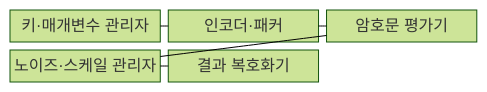
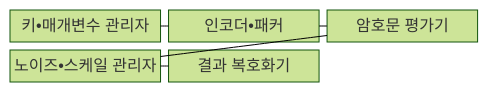
One commit to agnusdei1207/knowledge-base changed the first of 2 diagrams in src/content/docs/notes/08-latest-tech/114_homomorphic_encryption.md. Above: the diagram before and after it, drawn with Mermaid (forest theme). The commit also changed other lines of this file and 953 other files, not shown here.

````diff
--- a/src/content/docs/notes/08-latest-tech/114_homomorphic_encryption.md
+++ b/src/content/docs/notes/08-latest-tech/114_homomorphic_encryption.md
@@ -66,13 +66,13 @@
 ```mermaid
 block-beta
     columns 3
-    K["키·매개변수 관리자"]
-    E["인코더·패커"]
+    K["키•매개변수 관리자"]
+    E["인코더•패커"]
     C["암호문 평가기"]
-    N["노이즈·스케일 관리자"]
+    N["노이즈•스케일 관리자"]
     D["결과 복호화기"]
     K --- E
     E --- C
     C --- N
     N --- D
 ```
````
